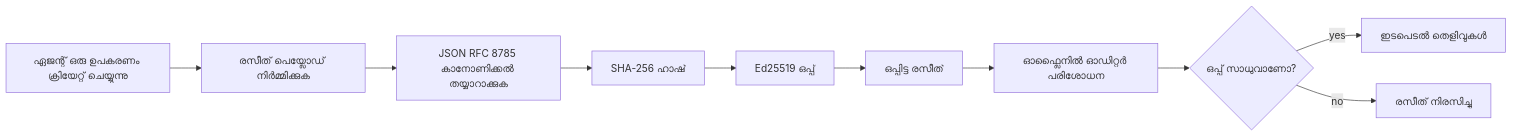
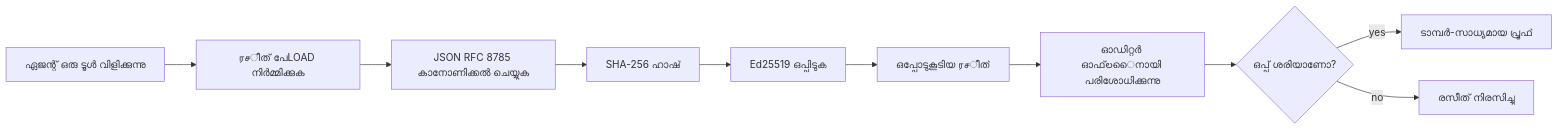
The first of 2 diagrams in translations/ml/18-securing-ai-agents/README.md (microsoft/ai-agents-for-beginners), drawn with Mermaid before and after one commit. The commit also changed other lines of this file and 224 other files, not shown here.

````diff
--- a/translations/ml/18-securing-ai-agents/README.md
+++ b/translations/ml/18-securing-ai-agents/README.md
@@ -51,12 +51,12 @@
 ```mermaid
 flowchart LR
-    A[ഏജന്റ് ഒരു ഉപകരണം ക്രിയേറ്റ് ചെയ്യുന്നു] --> B[രസീത് പെയ്ലോഡ് നിർമ്മിക്കുക]
-    B --> C[JSON RFC 8785 കാനോണിക്കൽ തയ്യാറാക്കുക]
+    A[ഏജന്റ് ഒരു ടൂൾ വിളിക്കുന്നു] --> B[ரசീത് പേLOAD നിർമ്മിക്കുക]
+    B --> C[JSON RFC 8785 കാനോണിക്കൽ ചെയ്യുക]
     C --> D[SHA-256 ഹാഷ്]
-    D --> E[Ed25519 ഒപ്പ്]
-    E --> F[ഒപ്പിട്ട രസീത്]
-    F --> G[ഓഫ്ലൈനിൽ ഓഡിറ്റർ പരിശോധന]
-    G --> H{ഒപ്പ് സാധുവാണോ?}
-    H -- yes --> I[ഇടപെടൽ തെളിവുകൾ]
+    D --> E[Ed25519 ഒപ്പിടുക]
+    E --> F[ഒപ്പോടുകൂടിയ ரசീത്]
+    F --> G[ഓഡിറ്റർ ഓഫ്‌లൈനായി പരിശോധിക്കുന്നു]
+    G --> H{ഒപ്പ് ശരിയാണോ?}
+    H -- yes --> I[ടാമ്പർ-സാധ്യമായ പ്രൂഫ്]
     H -- no --> J[രസീത് നിരസിച്ചു]
 ```
````
